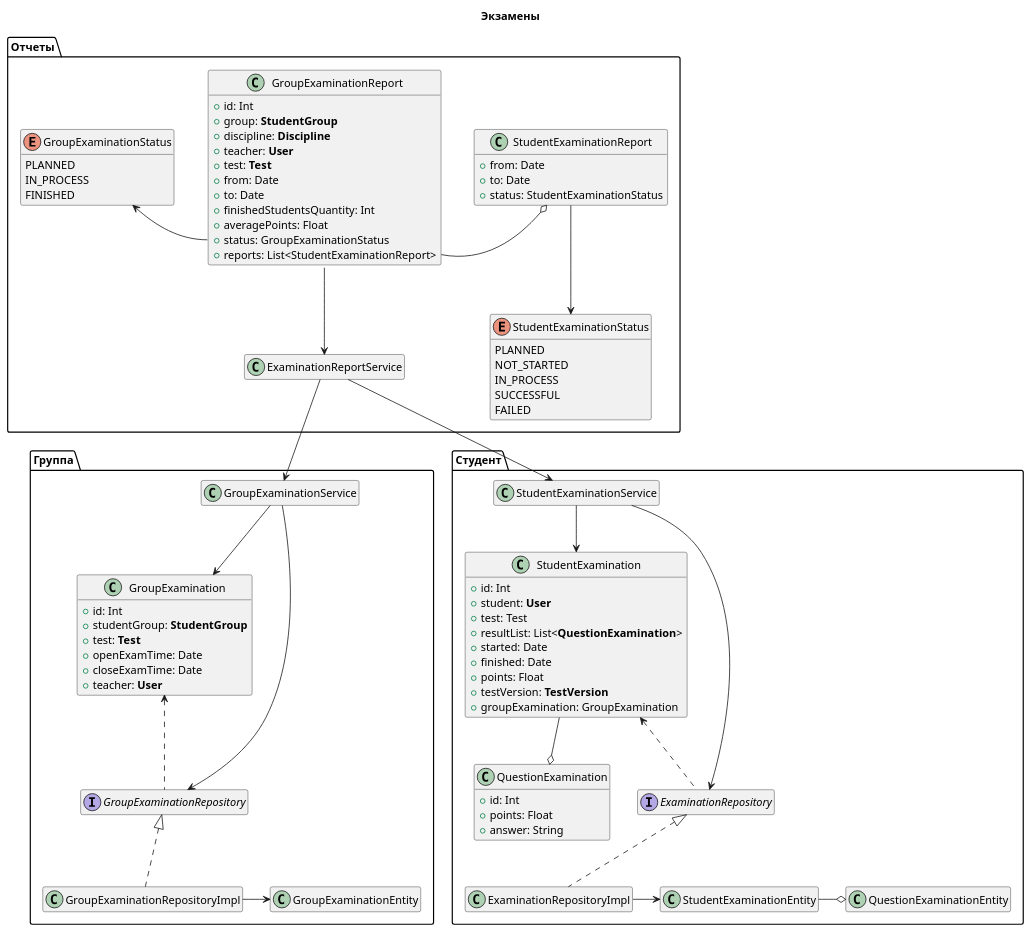
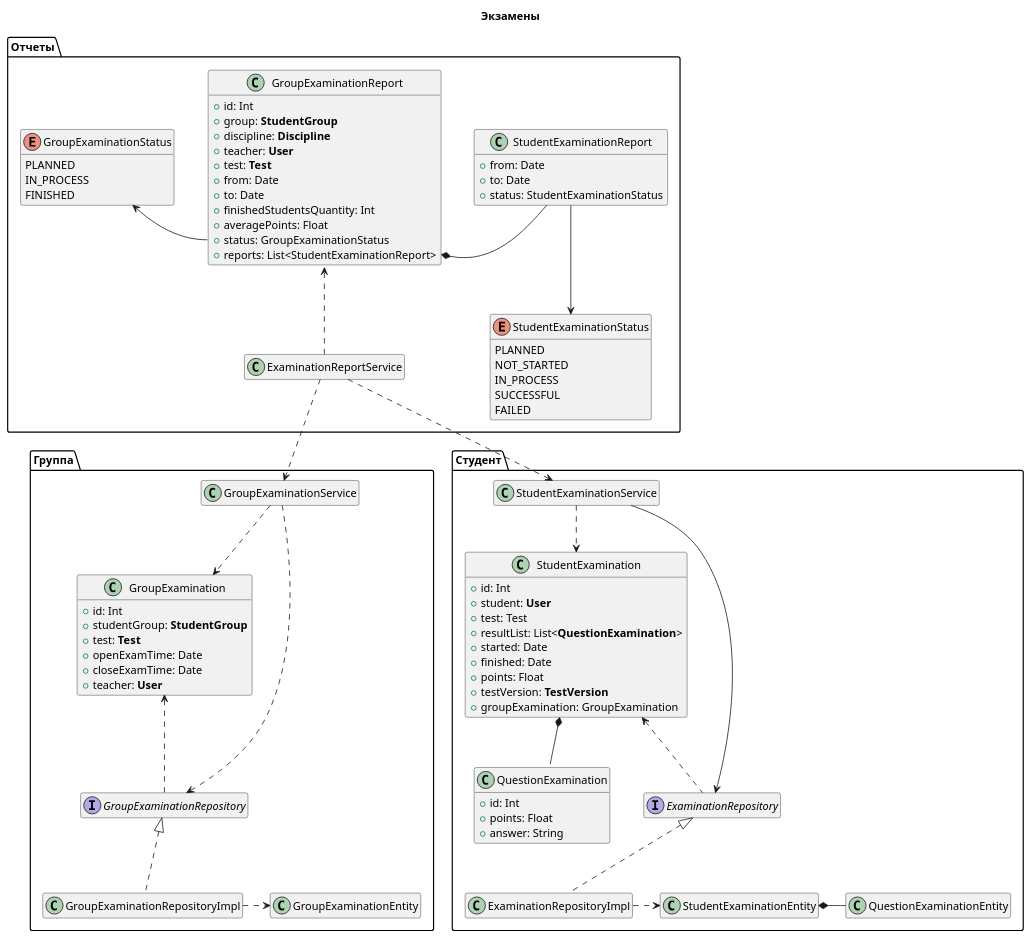
One commit to hyposun/deppplom changed the diagram in src/main/docs/classes_examination.puml. Above: the diagram before and after it, drawn with PlantUML. The commit also changed 6 other files, not shown here.

Commit message:
chg: актуализации схем

```diff
--- a/src/main/docs/classes_examination.puml
+++ b/src/main/docs/classes_examination.puml
@@ -1,119 +1,119 @@
 @startuml
 
 hide empty members
 allowmixing
 
 title "Экзамены"
 
 package "Группа" {
 
     class GroupExaminationService
     class GroupExamination {
         + id: Int
         + studentGroup: <b>StudentGroup</b>
         + test: <b>Test</b>
         + openExamTime: Date
         + closeExamTime: Date
         + teacher: <b>User</b>
     }
 
-    GroupExaminationService --> GroupExamination
-    GroupExaminationService --> GroupExaminationRepository
+    GroupExaminationService ..> GroupExamination
+    GroupExaminationService ..> GroupExaminationRepository
 
     interface GroupExaminationRepository
     GroupExamination <.. GroupExaminationRepository
 
     class GroupExaminationRepositoryImpl implements GroupExaminationRepository
     class GroupExaminationEntity
-    GroupExaminationRepositoryImpl -> GroupExaminationEntity
+    GroupExaminationRepositoryImpl .> GroupExaminationEntity
 
 }
 
 package "Студент" {
 
     class StudentExaminationService
 
     class QuestionExamination {
         + id: Int
         + points: Float
         + answer: String
     }
 
     class StudentExamination {
         + id: Int
         + student: <b>User</b>
         + test: Test
         + resultList: List<<b>QuestionExamination</b>>
         + started: Date
         + finished: Date
         + points: Float
         + testVersion: <b>TestVersion</b>
         + groupExamination: GroupExamination
     }
 
     interface ExaminationRepository
 
-    StudentExaminationService --> StudentExamination
-    StudentExamination --o QuestionExamination
+    StudentExaminationService ..> StudentExamination
+    StudentExamination *-- QuestionExamination::resultList
 
     StudentExaminationService --> ExaminationRepository
     StudentExamination <.. ExaminationRepository
 
     class ExaminationRepositoryImpl implements ExaminationRepository
     class StudentExaminationEntity
     class QuestionExaminationEntity
-    ExaminationRepositoryImpl -> StudentExaminationEntity
-    StudentExaminationEntity -o QuestionExaminationEntity
+    ExaminationRepositoryImpl .> StudentExaminationEntity
+    StudentExaminationEntity *- QuestionExaminationEntity
 
 }
 
 package "Отчеты" {
 
     class ExaminationReportService
-    ExaminationReportService --> GroupExaminationService
-    ExaminationReportService --> StudentExaminationService
+    ExaminationReportService ..> GroupExaminationService
+    ExaminationReportService ..> StudentExaminationService
 
     enum GroupExaminationStatus {
         PLANNED
         IN_PROCESS
         FINISHED
     }
 
     class GroupExaminationReport {
         + id: Int
         + group: <b>StudentGroup</b>
         + discipline: <b>Discipline</b>
         + teacher: <b>User</b>
         + test: <b>Test</b>
         + from: Date
         + to: Date
         + finishedStudentsQuantity: Int
         + averagePoints: Float
         + status: GroupExaminationStatus
         + reports: List<StudentExaminationReport>
     }
 
-    GroupExaminationReport --> ExaminationReportService
+    GroupExaminationReport <.. ExaminationReportService
     GroupExaminationStatus <- GroupExaminationReport::status
 
     class StudentExaminationReport {
         + from: Date
         + to: Date
         + status: StudentExaminationStatus
     }
 
     enum StudentExaminationStatus {
         PLANNED
         NOT_STARTED
         IN_PROCESS
         SUCCESSFUL
         FAILED
     }
 
     StudentExaminationReport --> StudentExaminationStatus
-    GroupExaminationReport::reports -o StudentExaminationReport
+    GroupExaminationReport::reports *- StudentExaminationReport
 
 }
 
 
 @enduml
```
